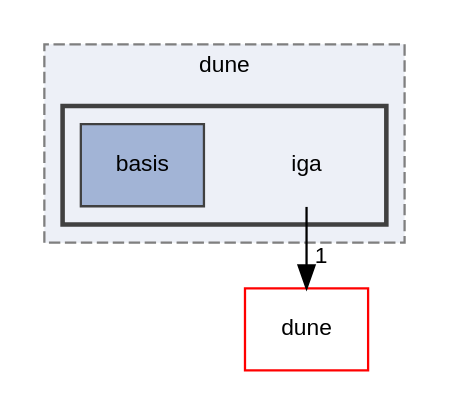
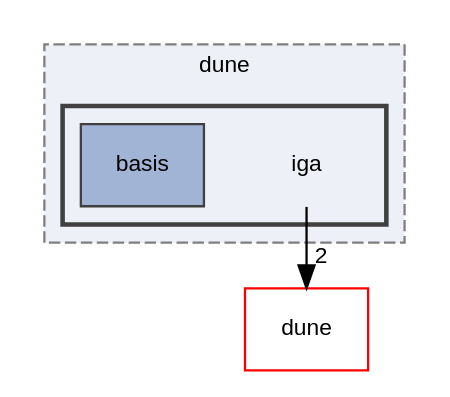
One commit to rath3t/dune-iga-doc changed the diagram in dir_8e9fb8c4c3b3a50b943275a1b03089f8_dep.dot. Above: the diagram before and after it, drawn with Graphviz. The commit also changed 18 other files, not shown here.

```diff
--- a/dir_8e9fb8c4c3b3a50b943275a1b03089f8_dep.dot
+++ b/dir_8e9fb8c4c3b3a50b943275a1b03089f8_dep.dot
@@ -1,17 +1,17 @@
 digraph "iga"
 {
  // LATEX_PDF_SIZE
   edge [fontname="Helvetica",fontsize="10",labelfontname="Helvetica",labelfontsize="10"];
   node [fontname="Helvetica",fontsize="10",shape=record];
   compound=true
   subgraph clusterdir_5a40ac242afc7875bef46b8161e47fe9 {
     graph [ bgcolor="#edf0f7", pencolor="grey50", style="filled,dashed,", label="dune", fontname="Helvetica", fontsize="10", URL="dir_5a40ac242afc7875bef46b8161e47fe9.html"]
   subgraph clusterdir_8e9fb8c4c3b3a50b943275a1b03089f8 {
     graph [ bgcolor="#edf0f7", pencolor="grey25", style="filled,bold,", label="", fontname="Helvetica", fontsize="10", URL="dir_8e9fb8c4c3b3a50b943275a1b03089f8.html"]
     dir_8e9fb8c4c3b3a50b943275a1b03089f8 [shape=plaintext, label="iga"];
   dir_a36cfeabe5614d71e4137cf818df6e31 [shape=box, label="basis", style="filled,", fillcolor="#a2b4d6", color="grey25", URL="dir_a36cfeabe5614d71e4137cf818df6e31.html"];
   }
   }
   dir_5e69be5995c9f5d42bf491ae6f29600e [shape=box, label="dune", style="", fillcolor="#edf0f7", color="red", URL="dir_5e69be5995c9f5d42bf491ae6f29600e.html"];
-  dir_8e9fb8c4c3b3a50b943275a1b03089f8->dir_5e69be5995c9f5d42bf491ae6f29600e [headlabel="1", labeldistance=1.5 headhref="dir_000011_000004.html"];
+  dir_8e9fb8c4c3b3a50b943275a1b03089f8->dir_5e69be5995c9f5d42bf491ae6f29600e [headlabel="2", labeldistance=1.5 headhref="dir_000011_000004.html"];
 }
```
